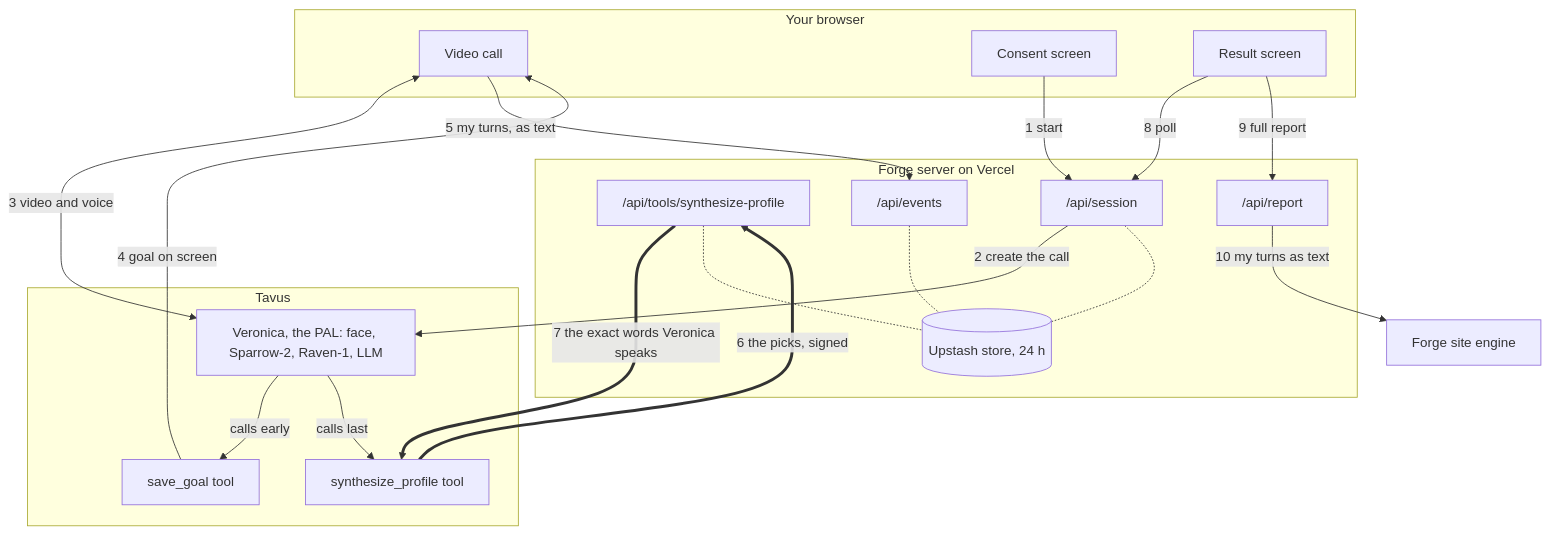
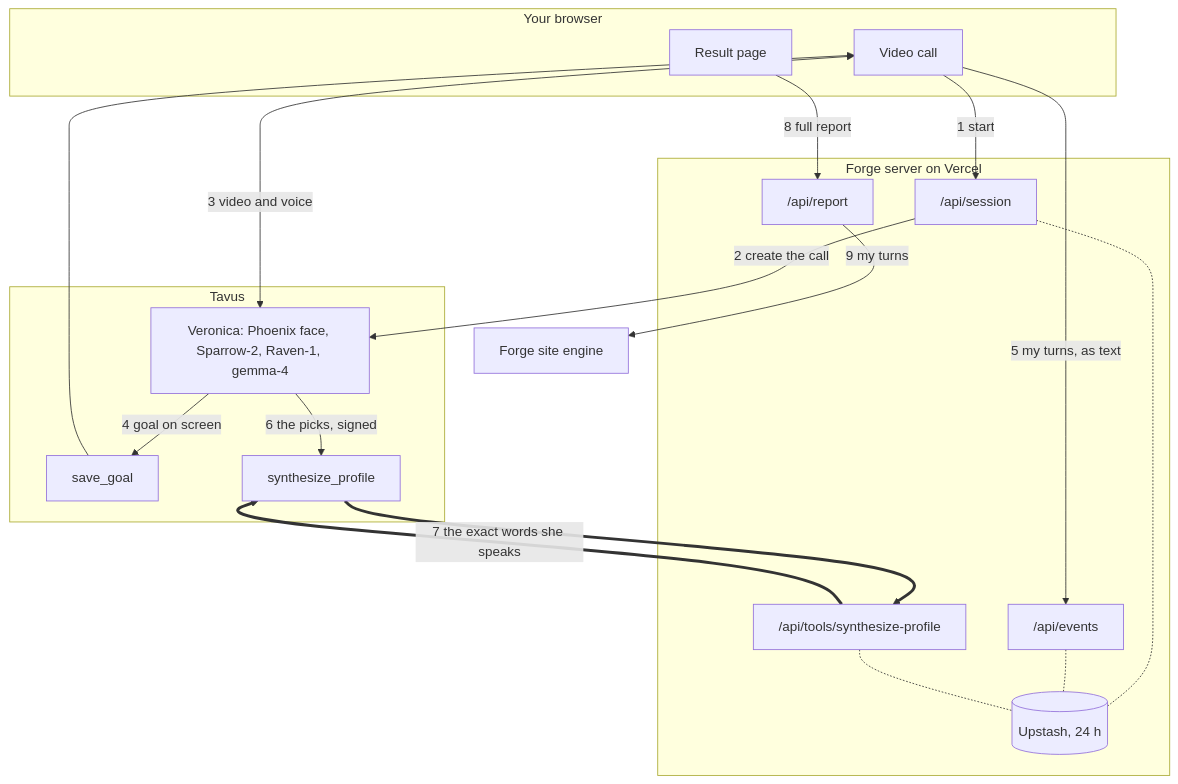
The diagram in README.md (Elysian11110/forge-on-tavus), drawn with Mermaid before and after one commit. The commit also changed other lines of this file, not shown here.

Commit message:
readme cut to the pitch, the call, the diagram, the decisions and how to run it

````diff
--- a/README.md
+++ b/README.md
@@ -24,37 +21,34 @@
 ```mermaid
 flowchart TB
   subgraph browser ["Your browser"]
     V["Video call"]
-    C["Consent screen"]
-    R["Result screen"]
+    R["Result page"]
   end
   subgraph server ["Forge server on Vercel"]
     S["/api/session"]
     E["/api/events"]
     T["/api/tools/synthesize-profile"]
-    U[("Upstash store, 24 h")]
     Q["/api/report"]
+    U[("Upstash, 24 h")]
+  end
+  subgraph tavus ["Tavus"]
+    P["Veronica: Phoenix face, Sparrow-2, Raven-1, gemma-4"]
+    SG["save_goal"]
+    SP["synthesize_profile"]
   end
   F["Forge site engine"]
-  subgraph tavus ["Tavus"]
-    P["Veronica, the PAL: face, Sparrow-2, Raven-1, LLM"]
-    SG["save_goal tool"]
-    SP["synthesize_profile tool"]
-  end
-  V ~~~ T
+  V -->|"1 start"| S
+  S -->|"2 create the call"| P
   V <-->|"3 video and voice"| P
+  P -->|"4 goal on screen"| SG
+  SG --> V
   V -->|"5 my turns, as text"| E
-  T ==>|"7 the exact words Veronica speaks"| SP
-  SP ==>|"6 the picks, signed"| T
-  P -->|"calls early"| SG
-  P -->|"calls last"| SP
-  SG -->|"4 goal on screen"| V
-  C -->|"1 start"| S
-  S -->|"2 create the call"| P
-  R -->|"8 poll"| S
-  R -->|"9 full report"| Q
-  Q -->|"10 my turns as text"| F
+  P -->|"6 the picks, signed"| SP
+  SP ==> T
+  T ==>|"7 the exact words she speaks"| SP
+  R -->|"8 full report"| Q
+  Q -->|"9 my turns"| F
   S -.- U
   E -.- U
   T -.- U
 ```
````
